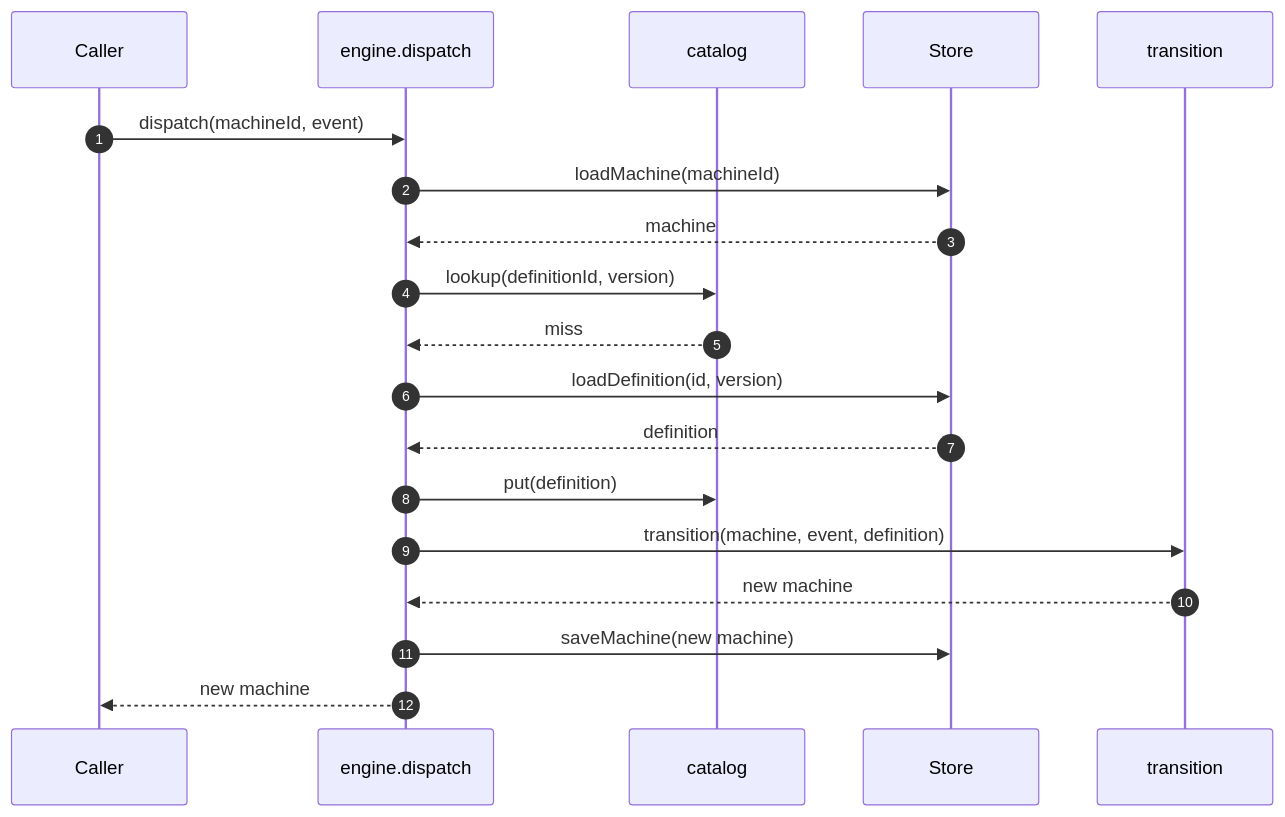
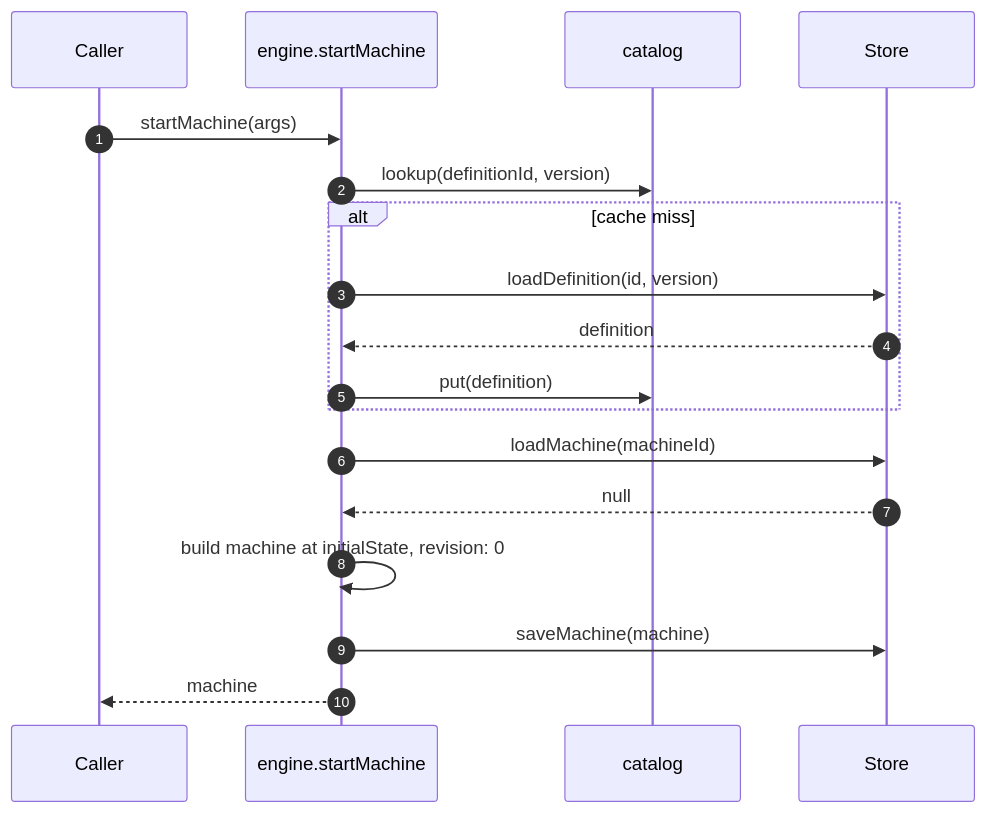
The first of 3 diagrams in architecture.md (foreman-lab/handbook), drawn with Mermaid before and after one commit. The commit also changed other lines of this file, not shown here.

First line of the commit message:
docs: polish state machine module + declare extension points

````diff
--- a/architecture.md
+++ b/architecture.md
@@ -251,22 +272,21 @@
 ```mermaid
 sequenceDiagram
     autonumber
     participant C as Caller
-    participant E as engine.dispatch
+    participant E as engine.startMachine
     participant Cat as catalog
     participant S as Store
-    participant Dom as transition
 
-    C->>E: dispatch(machineId, event)
+    C->>E: startMachine(args)
+    E->>Cat: lookup(definitionId, version)
+    alt cache miss
+        E->>S: loadDefinition(id, version)
+        S-->>E: definition
+        E->>Cat: put(definition)
+    end
     E->>S: loadMachine(machineId)
-    S-->>E: machine
-    E->>Cat: lookup(definitionId, version)
-    Cat-->>E: miss
-    E->>S: loadDefinition(id, version)
-    S-->>E: definition
-    E->>Cat: put(definition)
-    E->>Dom: transition(machine, event, definition)
-    Dom-->>E: new machine
-    E->>S: saveMachine(new machine)
-    E-->>C: new machine
+    S-->>E: null
+    E->>E: build machine at initialState, revision: 0
+    E->>S: saveMachine(machine)
+    E-->>C: machine
 ```
````
